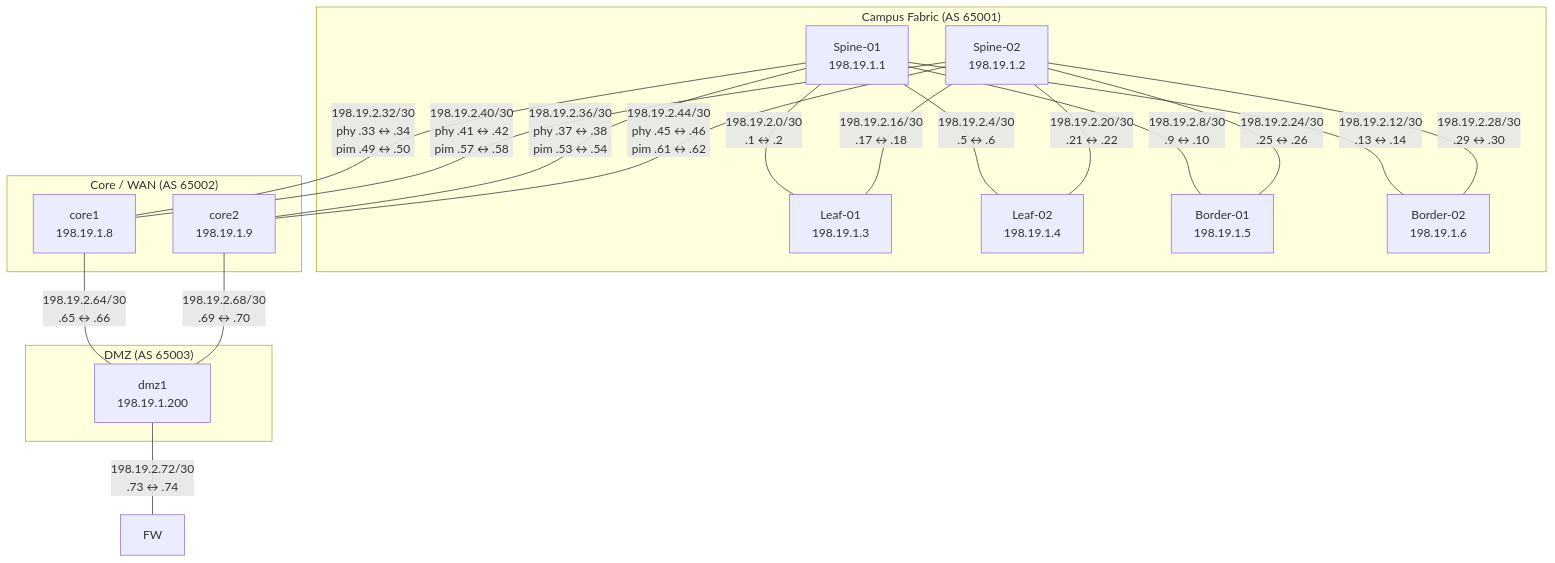
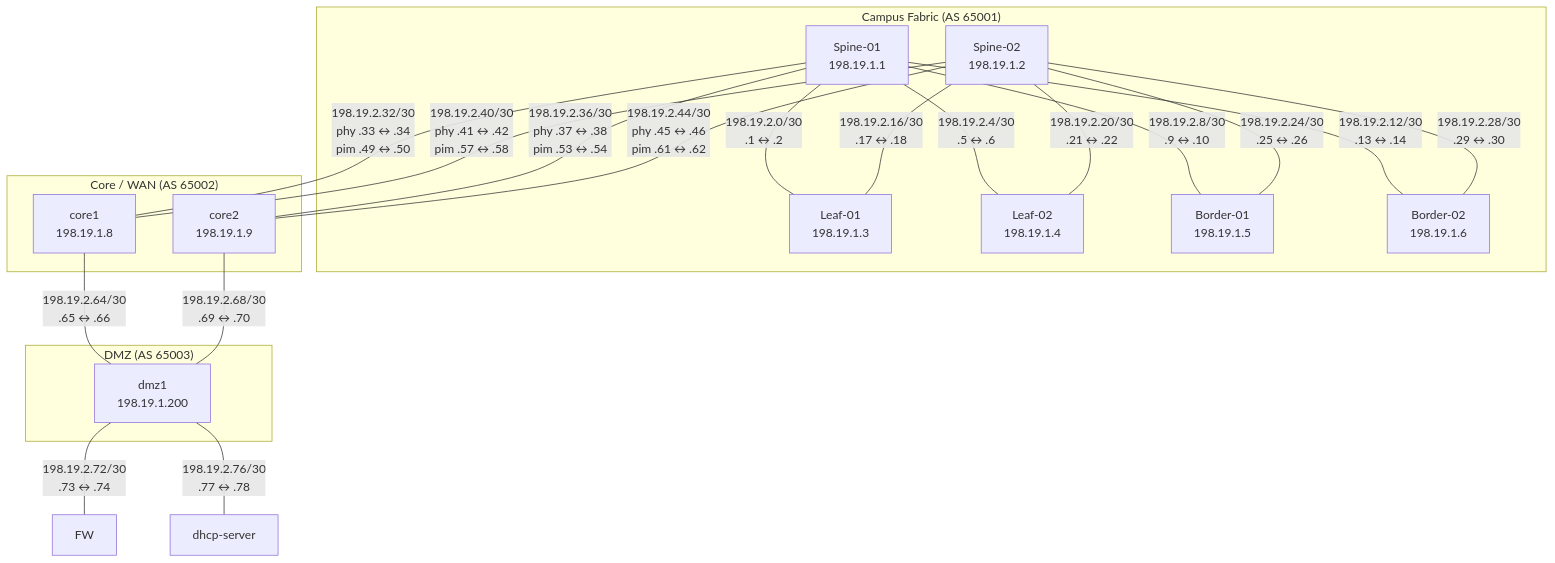
One commit to kebaldwi/TECOPS-2599 changed the diagram in Support/Resources/CML/Startup Configs/README.md. Above: the diagram before and after it, drawn with Mermaid. The commit also changed other lines of this file and 2 other files, not shown here.

First line of the commit message:
CML: update DHCP config, README, and add EVPN campus topology v3

````diff
--- a/Support/Resources/CML/Startup Configs/README.md
+++ b/Support/Resources/CML/Startup Configs/README.md
@@ -319,39 +331,40 @@
 ```mermaid
 graph TD
     subgraph CAMPUS_FABRIC["Campus Fabric (AS 65001)"]
         S1["Spine-01\n198.19.1.1"]
         S2["Spine-02\n198.19.1.2"]
         L1["Leaf-01\n198.19.1.3"]
         L2["Leaf-02\n198.19.1.4"]
         B1["Border-01\n198.19.1.5"]
         B2["Border-02\n198.19.1.6"]
     end
 
     subgraph CORE["Core / WAN (AS 65002)"]
         C1["core1\n198.19.1.8"]
         C2["core2\n198.19.1.9"]
     end
 
     subgraph DMZ_GROUP["DMZ (AS 65003)"]
         DMZ1["dmz1\n198.19.1.200"]
     end
 
     S1 -- "198.19.2.0/30\n.1 ↔ .2" --- L1
     S1 -- "198.19.2.4/30\n.5 ↔ .6" --- L2
     S1 -- "198.19.2.8/30\n.9 ↔ .10" --- B1
     S1 -- "198.19.2.12/30\n.13 ↔ .14" --- B2
 
     S2 -- "198.19.2.16/30\n.17 ↔ .18" --- L1
     S2 -- "198.19.2.20/30\n.21 ↔ .22" --- L2
     S2 -- "198.19.2.24/30\n.25 ↔ .26" --- B1
     S2 -- "198.19.2.28/30\n.29 ↔ .30" --- B2
 
     S1 -- "198.19.2.32/30\nphy .33 ↔ .34\npim .49 ↔ .50" --- C1
     S1 -- "198.19.2.36/30\nphy .37 ↔ .38\npim .53 ↔ .54" --- C2
     S2 -- "198.19.2.40/30\nphy .41 ↔ .42\npim .57 ↔ .58" --- C1
     S2 -- "198.19.2.44/30\nphy .45 ↔ .46\npim .61 ↔ .62" --- C2
 
     C1 -- "198.19.2.64/30\n.65 ↔ .66" --- DMZ1
     C2 -- "198.19.2.68/30\n.69 ↔ .70" --- DMZ1
     DMZ1 -- "198.19.2.72/30\n.73 ↔ .74" --- FW["FW"]
+    DMZ1 -- "198.19.2.76/30\n.77 ↔ .78" --- DHCP["dhcp-server"]
 ```
````
